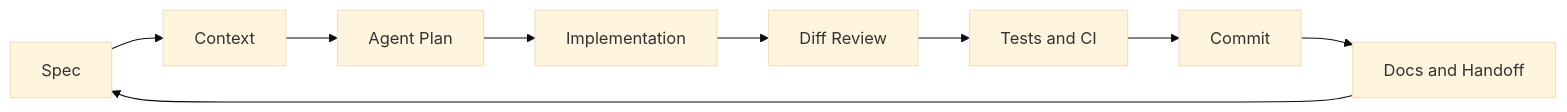
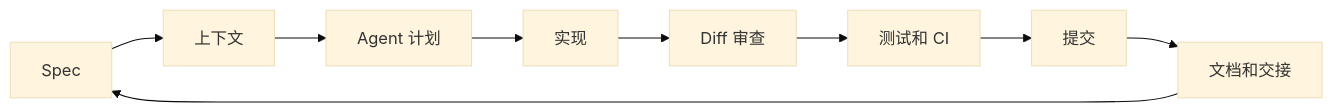
Before and after one commit to Lling0000/Vibe_coding_guide: the diagram in README.md, drawn with Mermaid (base theme). The commit also changed other lines of this file and 4 other files, not shown here.

````diff
--- a/README.md
+++ b/README.md
@@ -58,11 +60,11 @@
 ```mermaid
 flowchart LR
-    A["Spec"] --> B["Context"]
-    B --> C["Agent Plan"]
-    C --> D["Implementation"]
-    D --> E["Diff Review"]
-    E --> F["Tests and CI"]
-    F --> G["Commit"]
-    G --> H["Docs and Handoff"]
+    A["Spec"] --> B["上下文"]
+    B --> C["Agent 计划"]
+    C --> D["实现"]
+    D --> E["Diff 审查"]
+    E --> F["测试和 CI"]
+    F --> G["提交"]
+    G --> H["文档和交接"]
     H --> A
 ```
````
